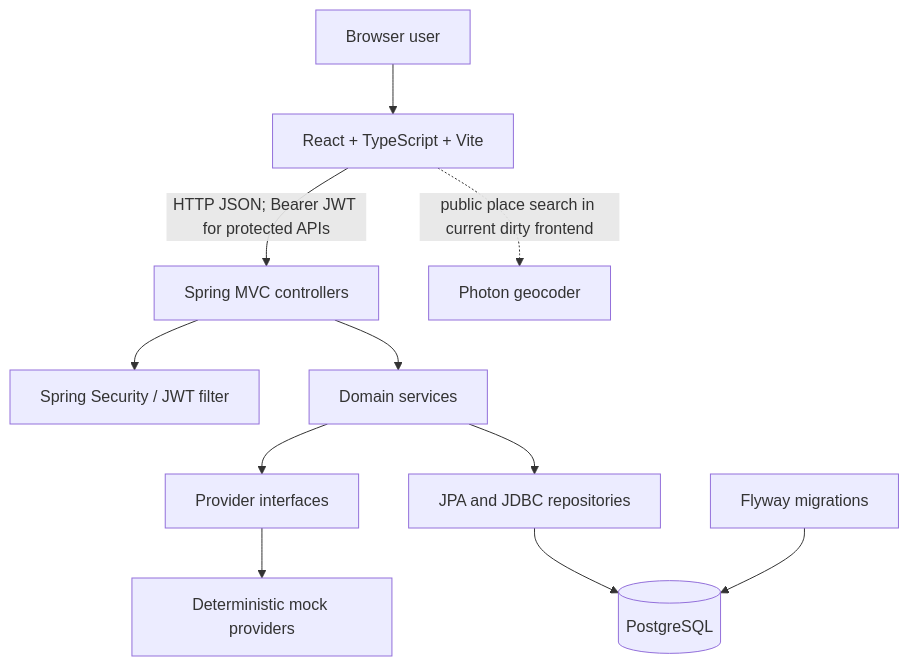
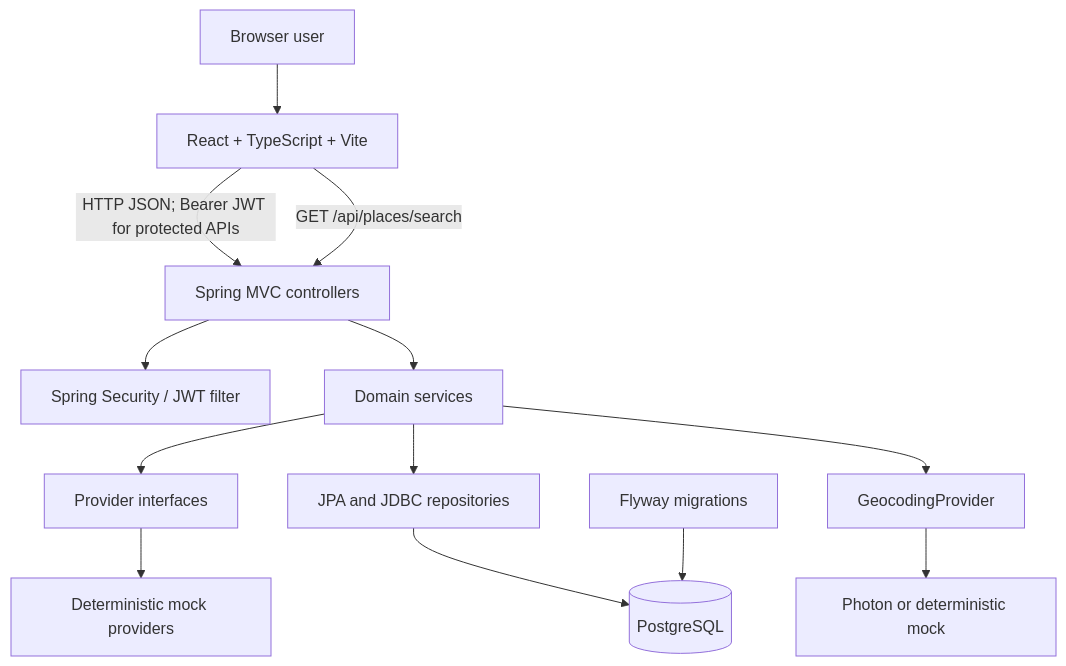
Before and after one commit to AarishSharmaComp/CleanRoute: the first of 7 diagrams in docs/handoff/ARCHITECTURE_DETAILED.md, drawn with Mermaid. The commit also changed other lines of this file and 23 other files, not shown here.

Commit message:
Add backend geocoding architecture

````diff
--- a/docs/handoff/ARCHITECTURE_DETAILED.md
+++ b/docs/handoff/ARCHITECTURE_DETAILED.md
@@ -9,13 +9,15 @@
 ```mermaid
 flowchart TD
   U[Browser user] --> FE[React + TypeScript + Vite]
   FE -->|HTTP JSON; Bearer JWT for protected APIs| API[Spring MVC controllers]
   API --> SEC[Spring Security / JWT filter]
   API --> SVC[Domain services]
   SVC --> P[Provider interfaces]
   P --> MOCK[Deterministic mock providers]
   SVC --> REPO[JPA and JDBC repositories]
   REPO --> DB[(PostgreSQL)]
   MIG[Flyway migrations] --> DB
-  FE -. public place search in current dirty frontend .-> GEO[Photon geocoder]
+  FE -->|GET /api/places/search| API
+  SVC --> GEO[GeocodingProvider]
+  GEO --> PHOTON[Photon or deterministic mock]
 ```
````
